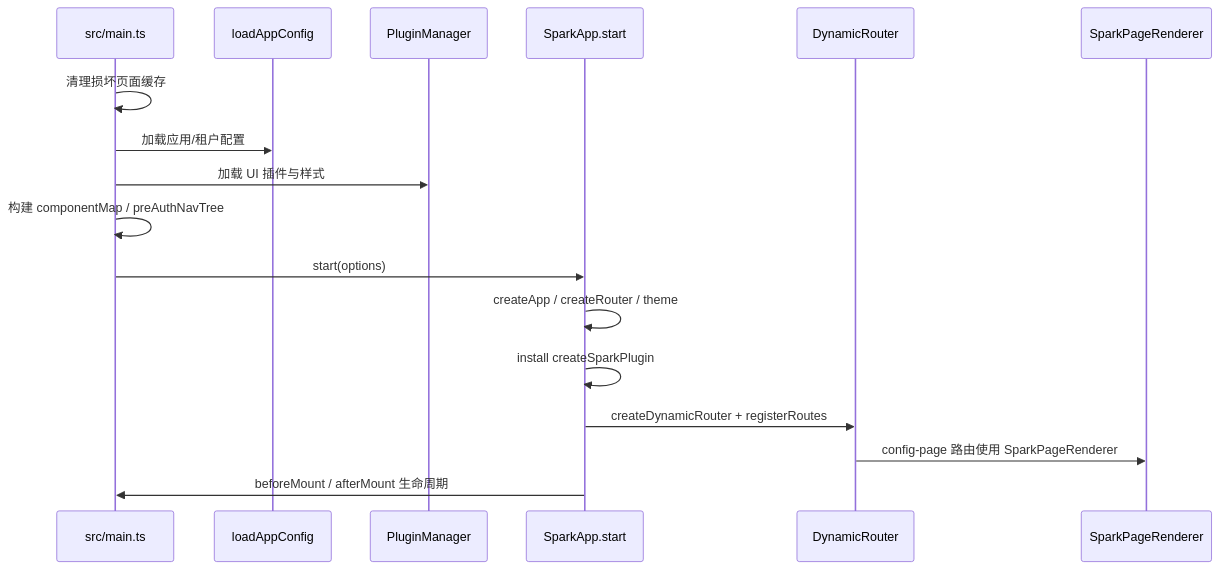
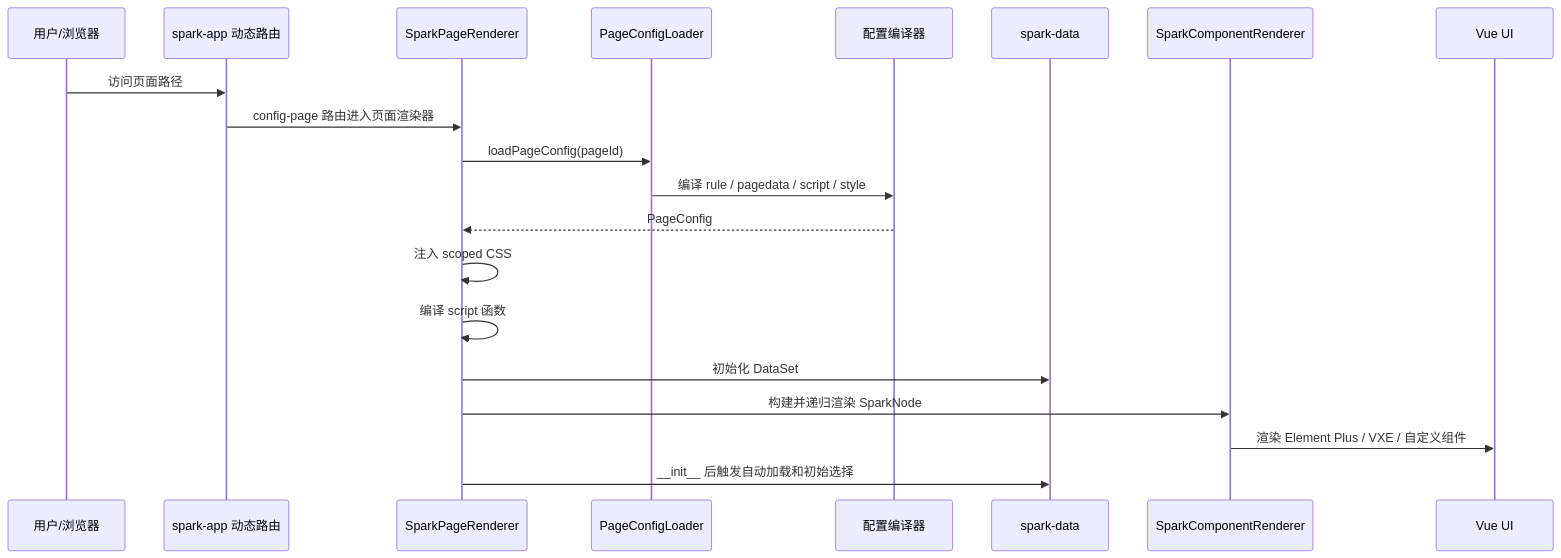
The fourth of 16 diagrams in docs/SPARK_VIEW_PROJECT_DEEP_DIVE_ZH.md (LMSpark/spark-view-vue), drawn with Mermaid before and after one commit. The commit also changed other lines of this file and 120 other files, not shown here.

First line of the commit message:
fix(spark-component): migrate legacy props.id and suppress FieldContextRenderer attr fallthrough

````diff
--- a/docs/SPARK_VIEW_PROJECT_DEEP_DIVE_ZH.md
+++ b/docs/SPARK_VIEW_PROJECT_DEEP_DIVE_ZH.md
@@ -135,20 +160,23 @@
 ```mermaid
 sequenceDiagram
-  participant Main as src/main.ts
-  participant Config as loadAppConfig
-  participant Plugin as PluginManager
-  participant SparkApp as SparkApp.start
-  participant Router as DynamicRouter
+  participant User as 用户/浏览器
+  participant Router as spark-app 动态路由
   participant Renderer as SparkPageRenderer
+  participant Loader as PageConfigLoader
+  participant Compiler as 配置编译器
+  participant DataSet as spark-data
+  participant NodeRenderer as SparkComponentRenderer
+  participant UI as Vue UI
 
-  Main->>Main: 清理损坏页面缓存
-  Main->>Config: 加载应用/租户配置
-  Main->>Plugin: 加载 UI 插件与样式
-  Main->>Main: 构建 componentMap / preAuthNavTree
-  Main->>SparkApp: start(options)
-  SparkApp->>SparkApp: createApp / createRouter / theme
-  SparkApp->>SparkApp: install createSparkPlugin
-  SparkApp->>Router: createDynamicRouter + registerRoutes
-  Router->>Renderer: config-page 路由使用 SparkPageRenderer
-  SparkApp->>Main: beforeMount / afterMount 生命周期
+  User->>Router: 访问页面路径
+  Router->>Renderer: config-page 路由进入页面渲染器
+  Renderer->>Loader: loadPageConfig(pageId)
+  Loader->>Compiler: 编译 rule / pagedata / script / style
+  Compiler-->>Renderer: PageConfig
+  Renderer->>Renderer: 注入 scoped CSS
+  Renderer->>Renderer: 编译 script 函数
+  Renderer->>DataSet: 初始化 DataSet
+  Renderer->>NodeRenderer: 构建并递归渲染 SparkNode
+  NodeRenderer->>UI: 渲染 Element Plus / VXE / 自定义组件
+  Renderer->>DataSet: __init__ 后触发自动加载和初始选择
 ```
````
